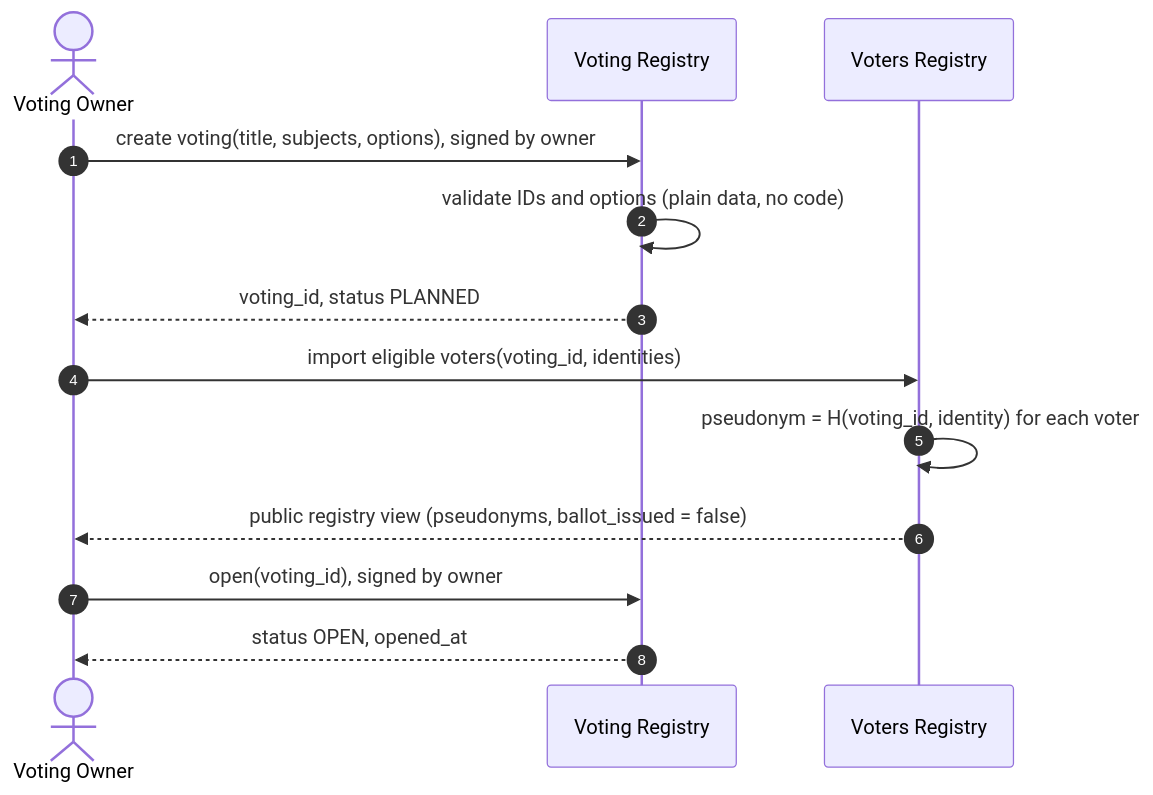
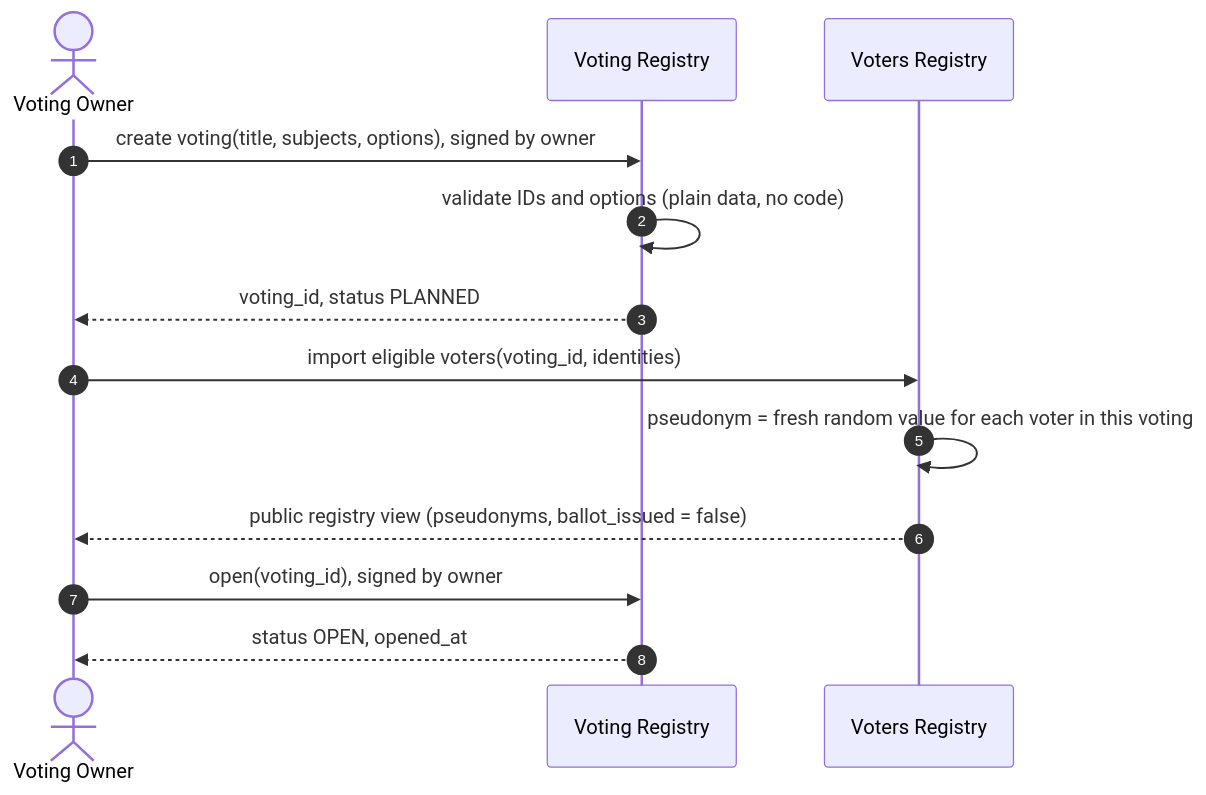
Before and after one commit to s4ysolutions/e-voting-machine: the first of 8 diagrams in docs/04-flows.md, drawn with Mermaid. The commit also changed other lines of this file and 8 other files, not shown here.

````diff
--- a/docs/04-flows.md
+++ b/docs/04-flows.md
@@ -19,16 +19,16 @@
 ```mermaid
 sequenceDiagram
     autonumber
     actor O as Voting Owner
     participant VR as Voting Registry
     participant VoR as Voters Registry
 
     O->>VR: create voting(title, subjects, options), signed by owner
     VR->>VR: validate IDs and options (plain data, no code)
     VR-->>O: voting_id, status PLANNED
     O->>VoR: import eligible voters(voting_id, identities)
-    VoR->>VoR: pseudonym = H(voting_id, identity) for each voter
+    VoR->>VoR: pseudonym = fresh random value for each voter in this voting
     VoR-->>O: public registry view (pseudonyms, ballot_issued = false)
     O->>VR: open(voting_id), signed by owner
     VR-->>O: status OPEN, opened_at
 ```
````
